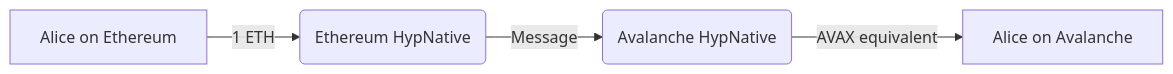
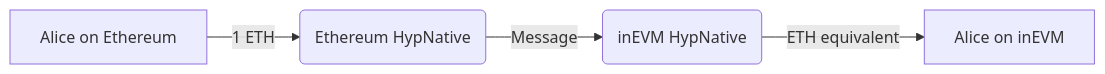
The first of 3 diagrams in docs/protocol/warp-routes/warp-routes-example-usage.mdx (hyperlane-xyz/v3-docs), drawn with Mermaid before and after one commit. The commit also changed other lines of this file and 2 other files, not shown here.

````diff
--- a/docs/protocol/warp-routes/warp-routes-example-usage.mdx
+++ b/docs/protocol/warp-routes/warp-routes-example-usage.mdx
@@ -25,6 +29,6 @@
 ```mermaid
 graph LR
     A[Alice on Ethereum] -->|1 ETH| B(Ethereum HypNative)
-    B -->|Message| C(Avalanche HypNative)
-    C -->|AVAX equivalent| D[Alice on Avalanche]
+    B -->|Message| C(inEVM HypNative)
+    C -->|ETH equivalent| D[Alice on inEVM]
 ```
````
